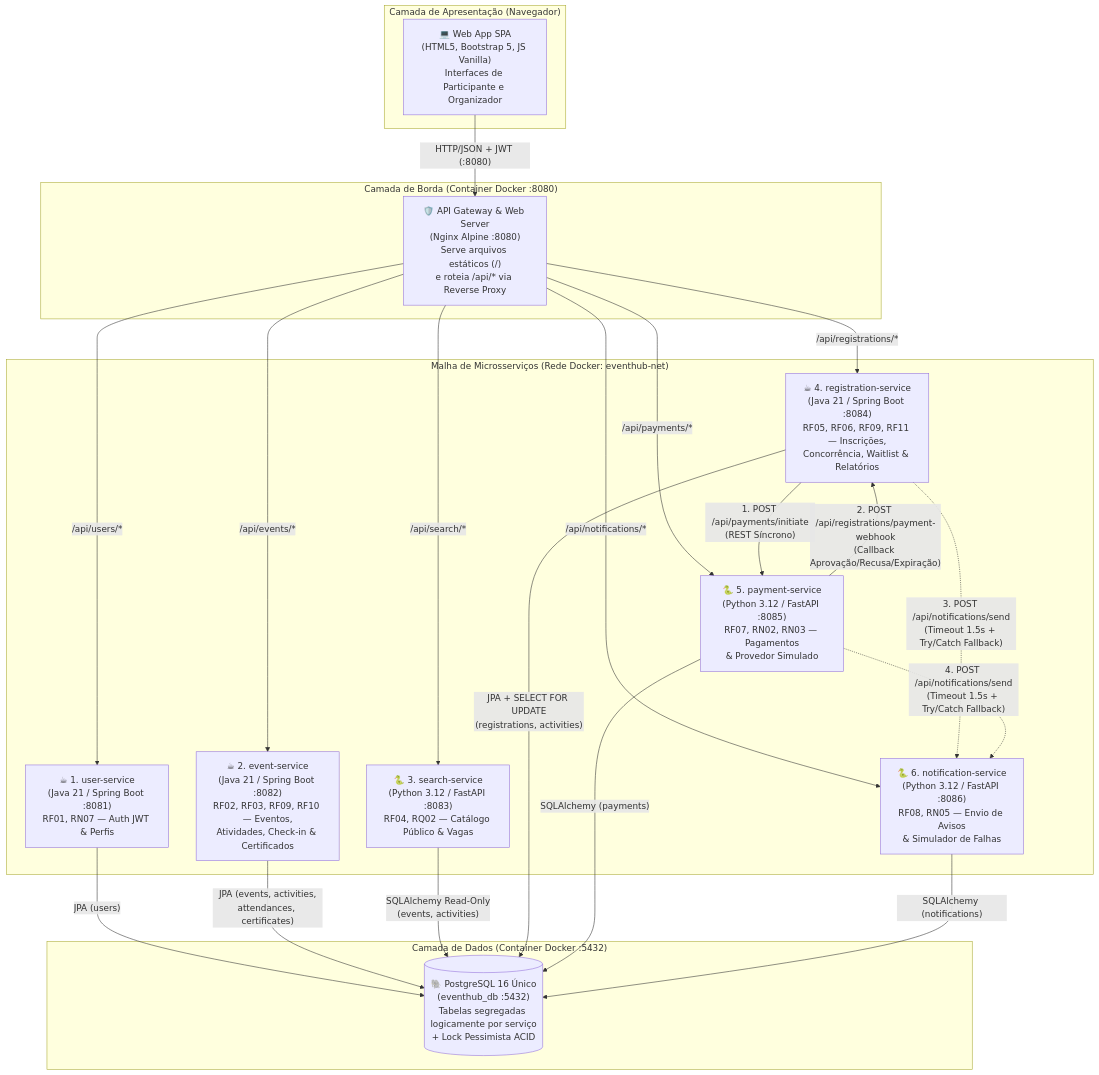
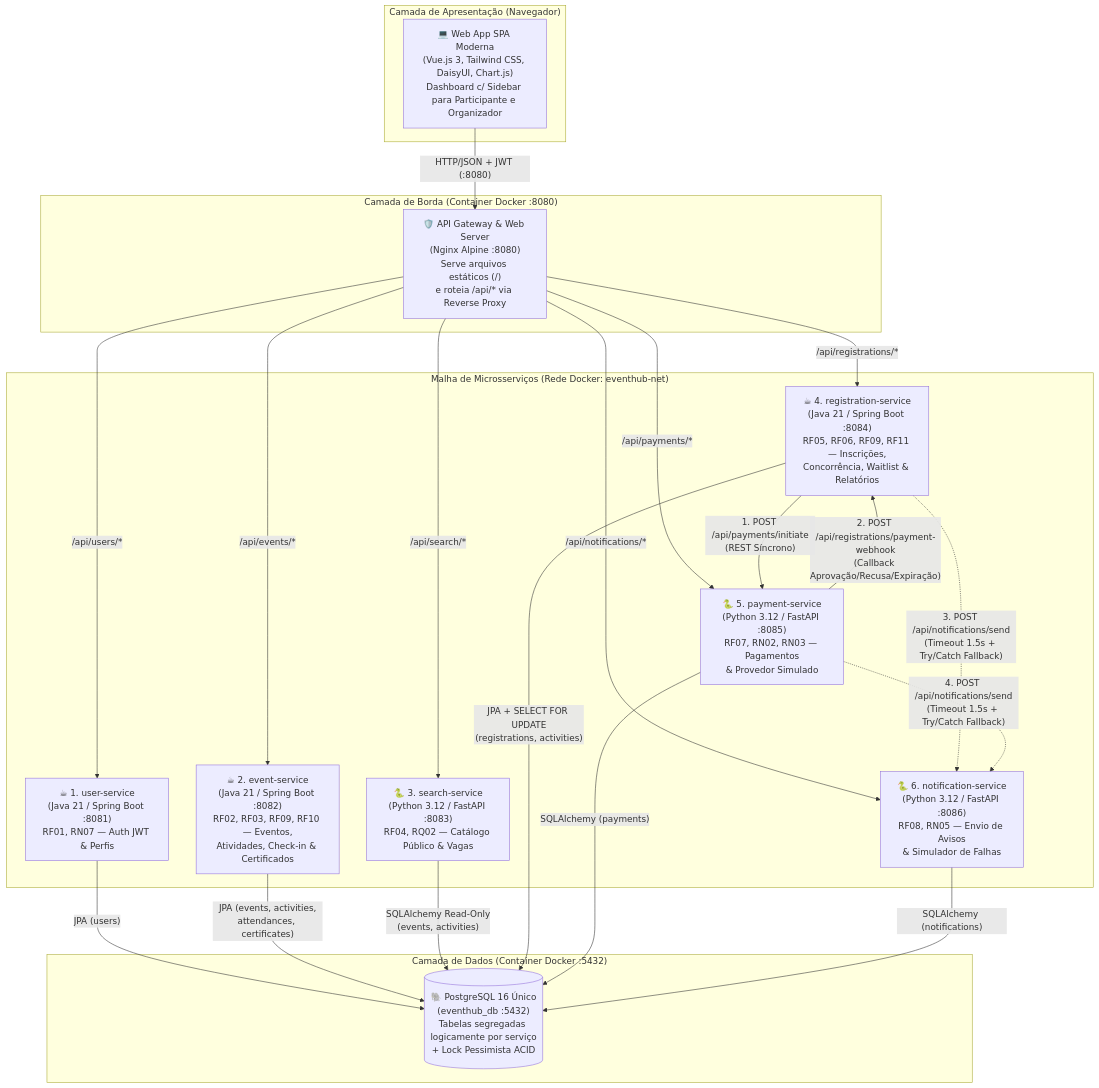
Before and after one commit to marxharon/eventhub: the second of 3 diagrams in design_arquitetural.md, drawn with Mermaid. The commit also changed 59 other files, not shown here.

Commit message:
feat: implementa passos 1 a 5 (infra postgres, api-gateway, user-service, event-service, search-service e web-app moderna)

````diff
--- a/design_arquitetural.md
+++ b/design_arquitetural.md
@@ -58,44 +58,44 @@
 ```mermaid
 flowchart TD
     subgraph Clientes ["Camada de Apresentação (Navegador)"]
-        SPA["💻 Web App SPA\n(HTML5, Bootstrap 5, JS Vanilla)\nInterfaces de Participante e Organizador"]
+        SPA["💻 Web App SPA Moderna\n(Vue.js 3, Tailwind CSS, DaisyUI, Chart.js)\nDashboard c/ Sidebar para Participante e Organizador"]
     end
 
     subgraph Borda ["Camada de Borda (Container Docker :8080)"]
         GW["🛡️ API Gateway & Web Server\n(Nginx Alpine :8080)\nServe arquivos estáticos (/)\ne roteia /api/* via Reverse Proxy"]
     end
 
     subgraph Servicos ["Malha de Microsserviços (Rede Docker: eventhub-net)"]
         US["☕ 1. user-service\n(Java 21 / Spring Boot :8081)\nRF01, RN07 — Auth JWT & Perfis"]
         ES["☕ 2. event-service\n(Java 21 / Spring Boot :8082)\nRF02, RF03, RF09, RF10 — Eventos,\nAtividades, Check-in & Certificados"]
         SS["🐍 3. search-service\n(Python 3.12 / FastAPI :8083)\nRF04, RQ02 — Catálogo Público & Vagas"]
         RS["☕ 4. registration-service\n(Java 21 / Spring Boot :8084)\nRF05, RF06, RF09, RF11 — Inscrições,\nConcorrência, Waitlist & Relatórios"]
         PS["🐍 5. payment-service\n(Python 3.12 / FastAPI :8085)\nRF07, RN02, RN03 — Pagamentos\n& Provedor Simulado"]
         NS["🐍 6. notification-service\n(Python 3.12 / FastAPI :8086)\nRF08, RN05 — Envio de Avisos\n& Simulador de Falhas"]
     end
 
     subgraph Persistencia ["Camada de Dados (Container Docker :5432)"]
         DB[("🐘 PostgreSQL 16 Único\n(eventhub_db :5432)\nTabelas segregadas logicamente por serviço\n+ Lock Pessimista ACID")]
     end
 
     SPA -->|"HTTP/JSON + JWT (:8080)"| GW
 
     GW -->|"/api/users/*"| US
     GW -->|"/api/events/*"| ES
     GW -->|"/api/search/*"| SS
     GW -->|"/api/registrations/*"| RS
     GW -->|"/api/payments/*"| PS
     GW -->|"/api/notifications/*"| NS
 
     RS -->|"1. POST /api/payments/initiate\n(REST Síncrono)"| PS
     PS -->|"2. POST /api/registrations/payment-webhook\n(Callback Aprovação/Recusa/Expiração)"| RS
     RS -.->|"3. POST /api/notifications/send\n(Timeout 1.5s + Try/Catch Fallback)"| NS
     PS -.->|"4. POST /api/notifications/send\n(Timeout 1.5s + Try/Catch Fallback)"| NS
 
     US -->|"JPA (users)"| DB
     ES -->|"JPA (events, activities,\nattendances, certificates)"| DB
     SS -->|"SQLAlchemy Read-Only\n(events, activities)"| DB
     RS -->|"JPA + SELECT FOR UPDATE\n(registrations, activities)"| DB
     PS -->|"SQLAlchemy (payments)"| DB
     NS -->|"SQLAlchemy (notifications)"| DB
 ```
````
